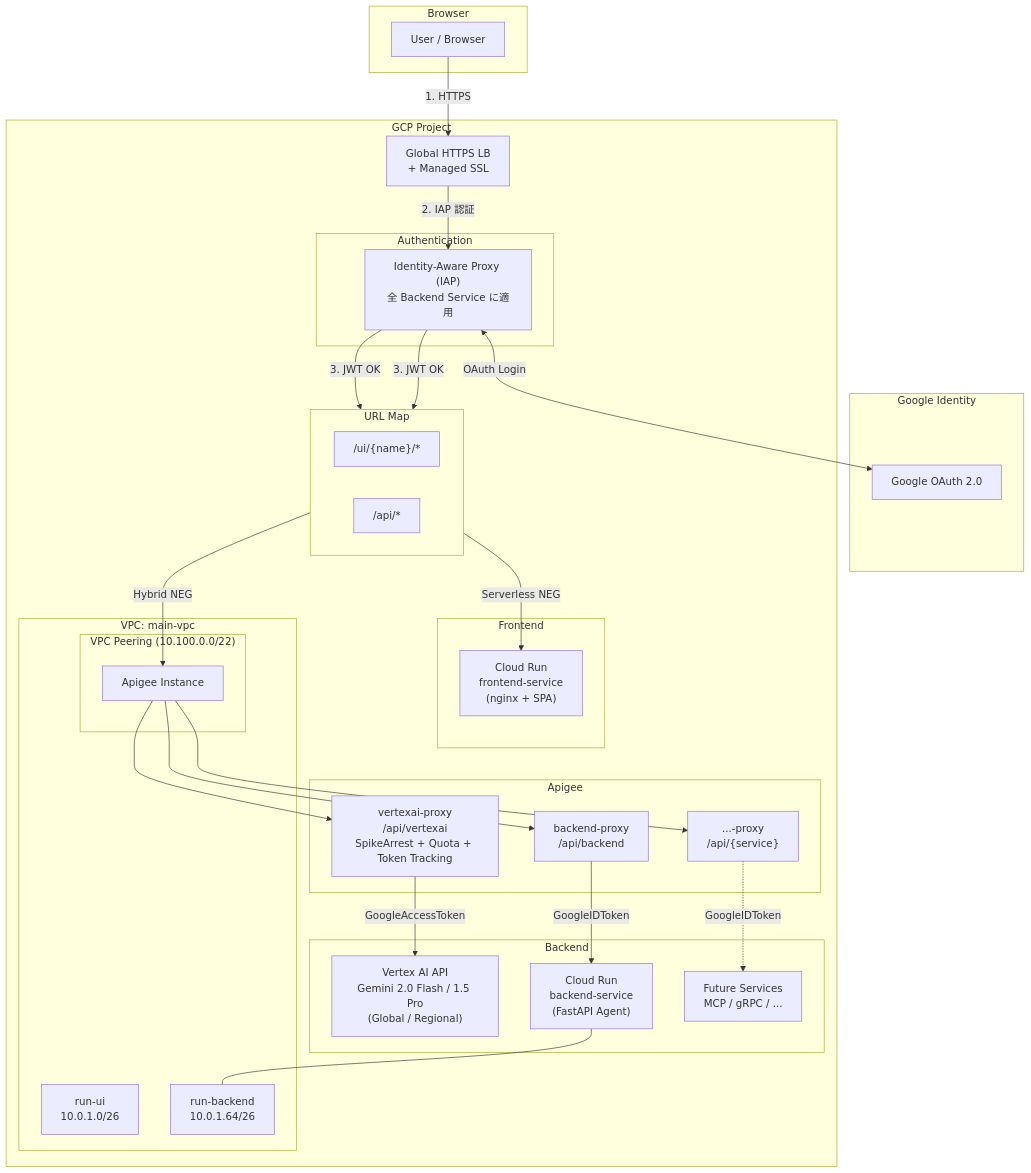
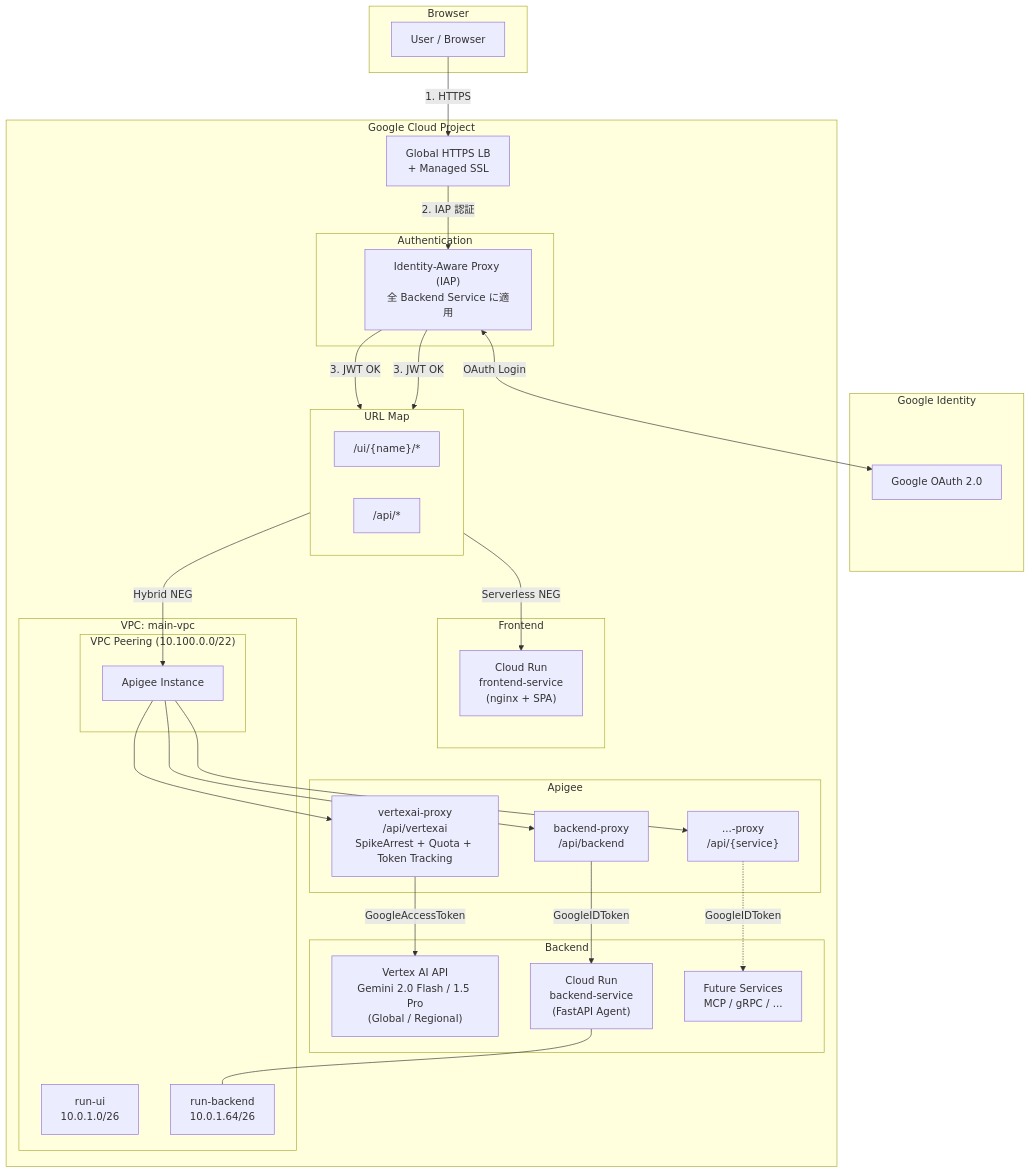
Before and after one commit to linzhengen/apigee-labs: the first of 4 diagrams in README.md, drawn with Mermaid. The commit also changed other lines of this file, not shown here.

````diff
--- a/README.md
+++ b/README.md
@@ -46,61 +46,61 @@
 ```mermaid
 graph TB
   subgraph Browser
     U[User / Browser]
   end
 
   subgraph Google["Google Identity"]
     GAUTH["Google OAuth 2.0"]
   end
 
-  subgraph GCP["GCP Project"]
+  subgraph GCP["Google Cloud Project"]
     LB["Global HTTPS LB<br/>+ Managed SSL"]
 
     subgraph Auth["Authentication"]
       IAP["Identity-Aware Proxy (IAP)<br/>全 Backend Service に適用"]
     end
 
     subgraph URLMap["URL Map"]
       direction LR
       R_UI["/ui/{name}/*"]
       R_API["/api/*"]
     end
 
     subgraph Frontends["Frontend"]
       CR_FE["Cloud Run<br/>frontend-service<br/>(nginx + SPA)"]
     end
 
     subgraph ApigeeX["Apigee"]
       VP["vertexai-proxy<br/>/api/vertexai<br/>SpikeArrest + Quota + Token Tracking"]
       BP["backend-proxy<br/>/api/backend"]
       SP["...-proxy<br/>/api/{service}"]
     end
 
     subgraph Backends["Backend"]
       VAI["Vertex AI API<br/>Gemini 2.0 Flash / 1.5 Pro<br/>(Global / Regional)"]
       CR_BE["Cloud Run<br/>backend-service<br/>(FastAPI Agent)"]
       Future["Future Services<br/>MCP / gRPC / ..."]
     end
 
     subgraph VPC["VPC: main-vpc"]
       SUB_UI["run-ui<br/>10.0.1.0/26"]
       SUB_BE["run-backend<br/>10.0.1.64/26"]
       subgraph Peering["VPC Peering (10.100.0.0/22)"]
         AI["Apigee Instance"]
       end
     end
   end
 
   U -->|"1. HTTPS"| LB
   LB -->|"2. IAP 認証"| IAP
   IAP <-->|"OAuth Login"| GAUTH
   IAP -->|"3. JWT OK"| R_UI & R_API
 
   R_UI -->|Serverless NEG| CR_FE
   R_API -->|Hybrid NEG| AI
   AI --> VP & BP & SP
   VP -->|GoogleAccessToken| VAI
   BP -->|GoogleIDToken| CR_BE
   SP -.->|GoogleIDToken| Future
   CR_BE --- SUB_BE
 ```
````
